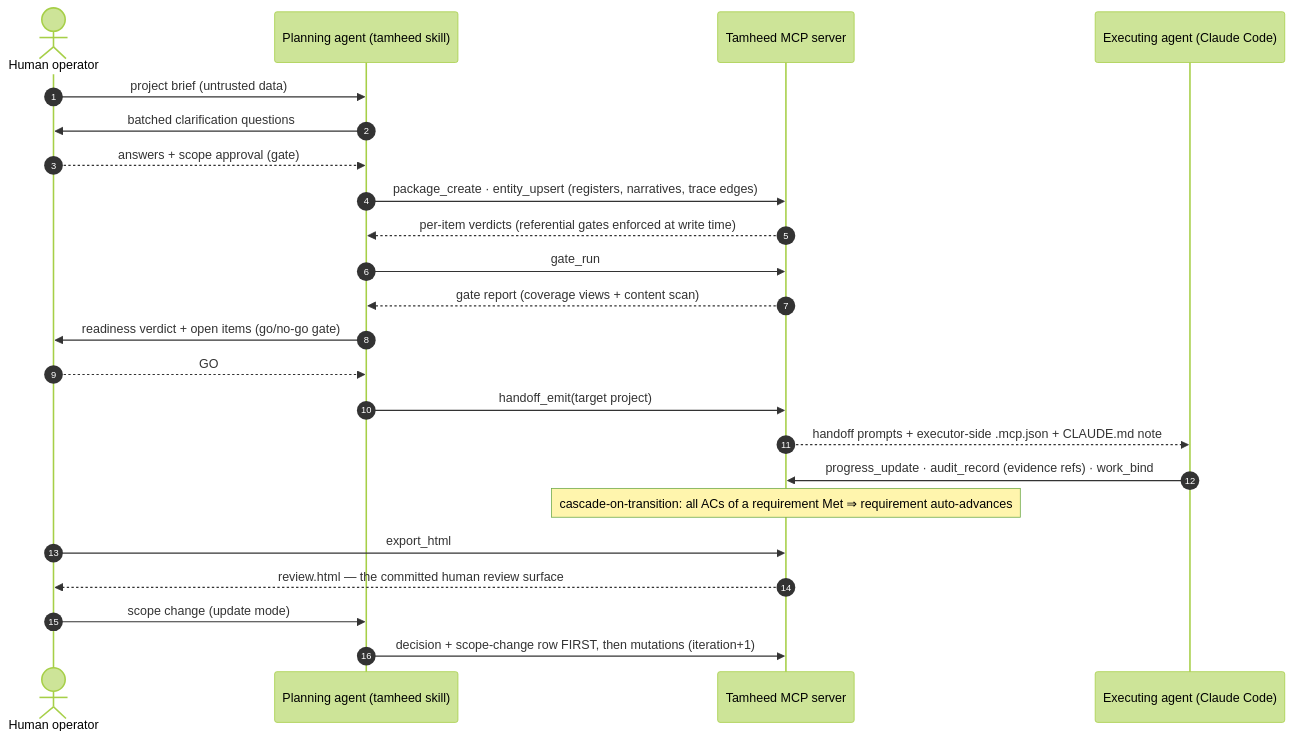
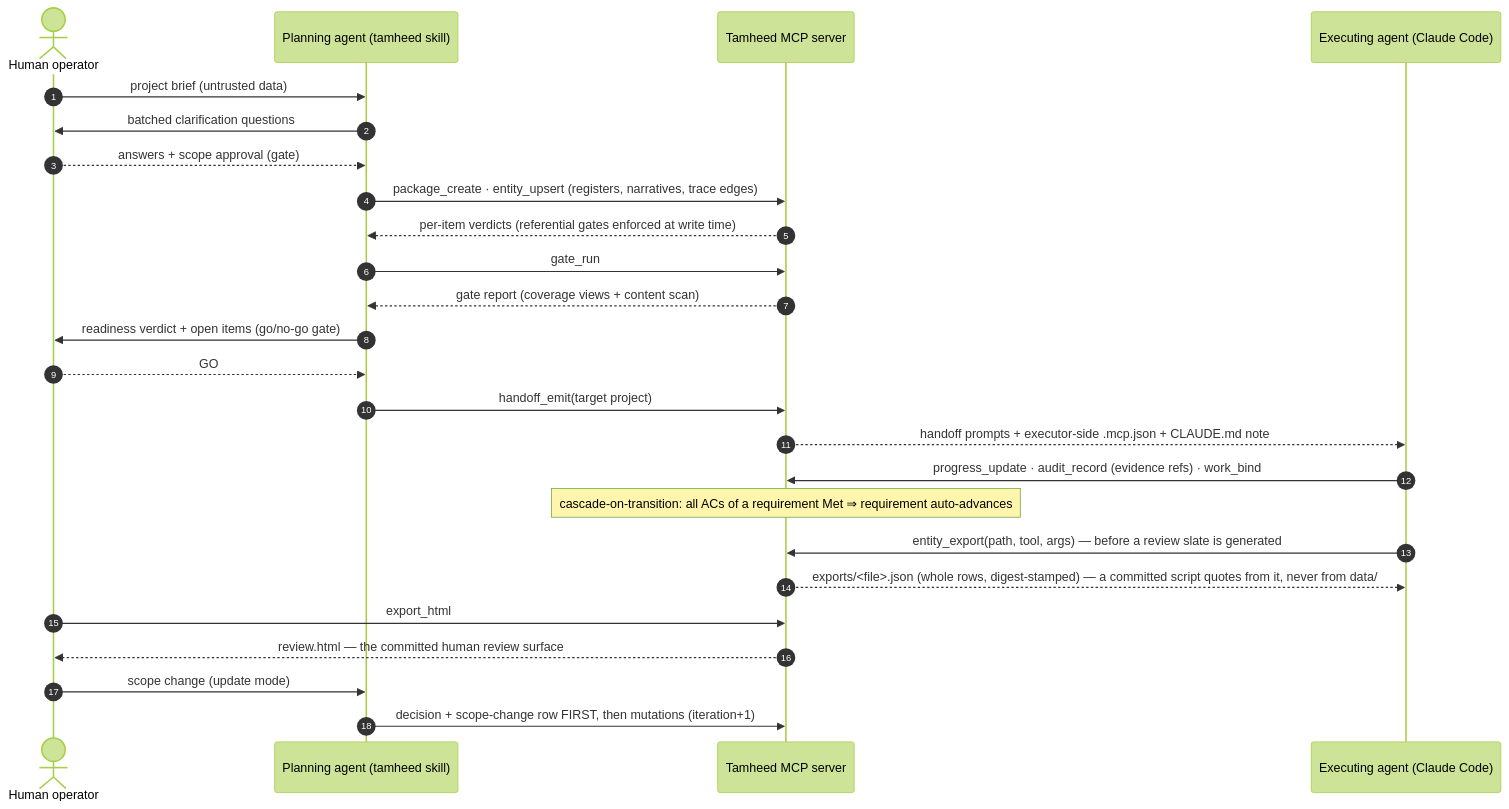
Before and after one commit to A-H-911/tamheed: the diagram in docs/architecture.md, drawn with Mermaid (forest theme). The commit also changed other lines of this file and 45 other files, not shown here.

````diff
--- a/docs/architecture.md
+++ b/docs/architecture.md
@@ -95,26 +103,28 @@
 ```mermaid
 sequenceDiagram
     autonumber
     actor Operator as Human operator
     participant Planner as Planning agent (tamheed skill)
     participant Server as Tamheed MCP server
     participant Executor as Executing agent (Claude Code)
 
     Operator->>Planner: project brief (untrusted data)
     Planner->>Operator: batched clarification questions
     Operator-->>Planner: answers + scope approval (gate)
     Planner->>Server: package_create · entity_upsert (registers, narratives, trace edges)
     Server-->>Planner: per-item verdicts (referential gates enforced at write time)
     Planner->>Server: gate_run
     Server-->>Planner: gate report (coverage views + content scan)
     Planner->>Operator: readiness verdict + open items (go/no-go gate)
     Operator-->>Planner: GO
     Planner->>Server: handoff_emit(target project)
     Server-->>Executor: handoff prompts + executor-side .mcp.json + CLAUDE.md note
     Executor->>Server: progress_update · audit_record (evidence refs) · work_bind
     Note over Server: cascade-on-transition: all ACs of a requirement Met ⇒ requirement auto-advances
+    Executor->>Server: entity_export(path, tool, args) — before a review slate is generated
+    Server-->>Executor: exports/<file>.json (whole rows, digest-stamped) — a committed script quotes from it, never from data/
     Operator->>Server: export_html
     Server-->>Operator: review.html — the committed human review surface
     Operator->>Planner: scope change (update mode)
     Planner->>Server: decision + scope-change row FIRST, then mutations (iteration+1)
 ```
````
